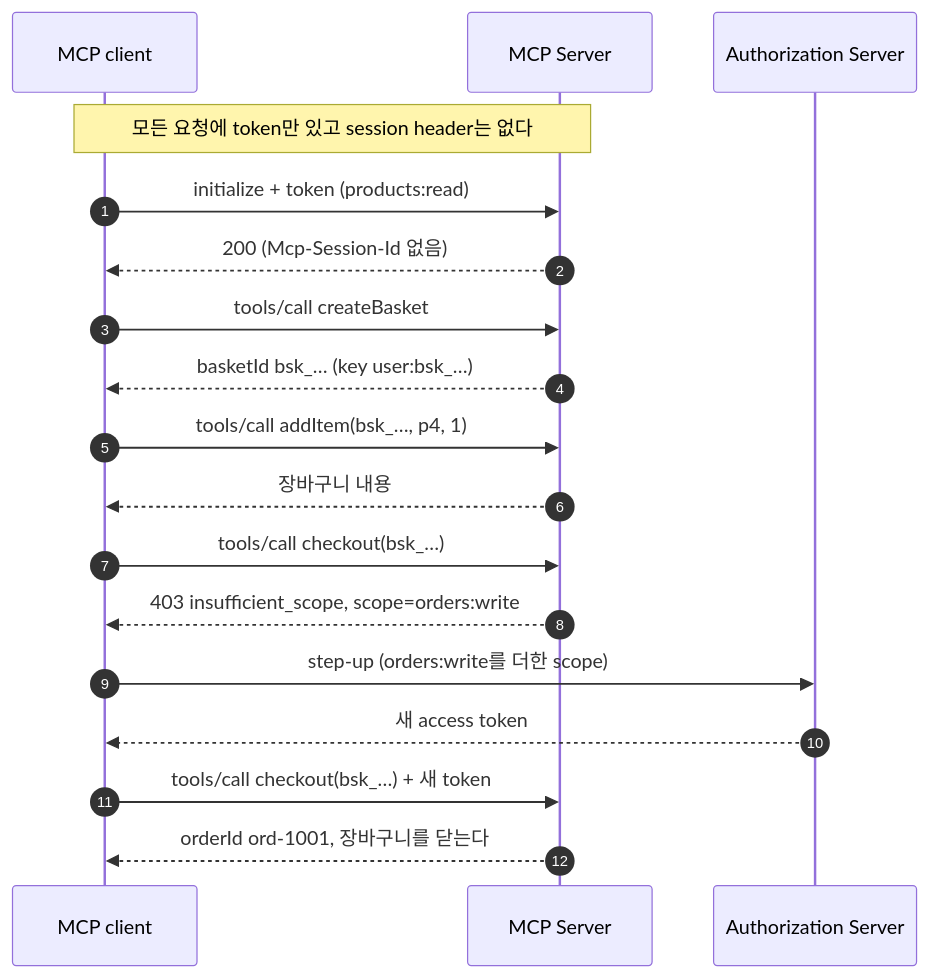
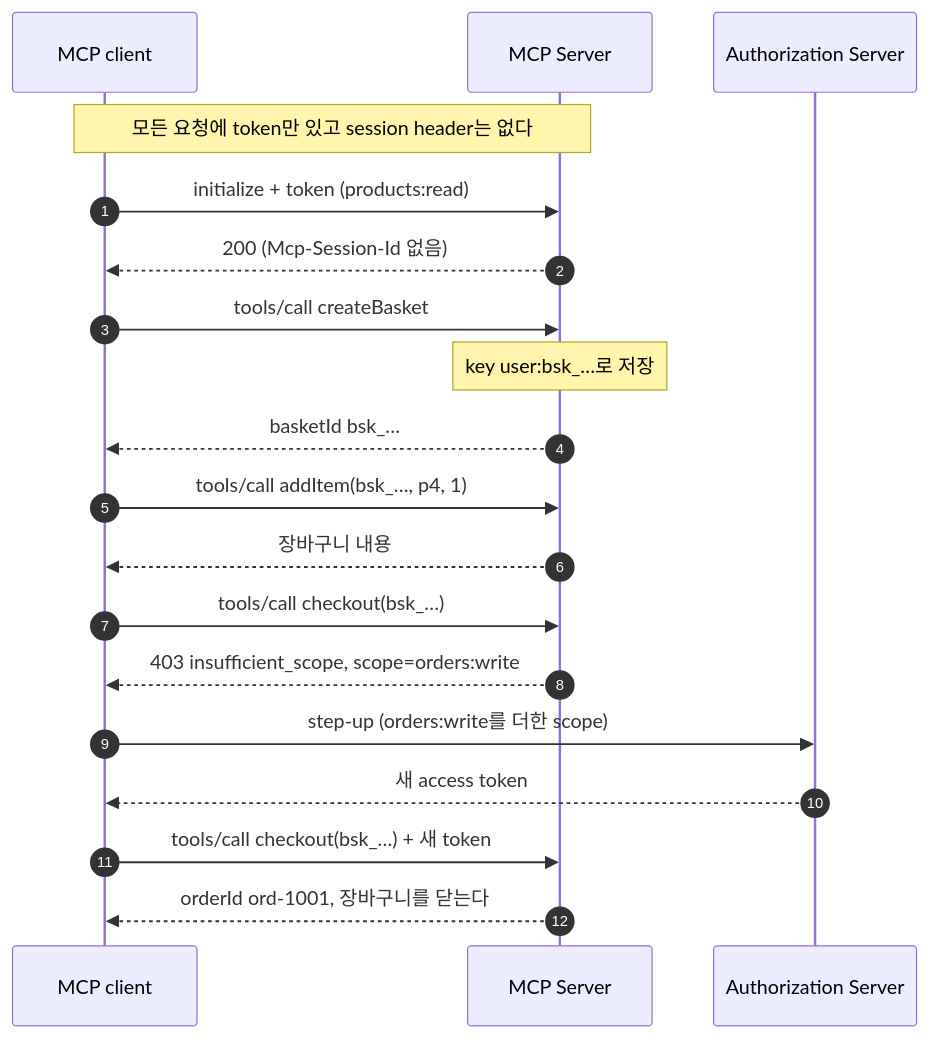
Before and after one commit to starryeye/spring-ai: the first of 2 diagrams in practice/mcp-guide/11-stateless-and-handle.md, drawn with Mermaid. The commit also changed other lines of this file and 2 other files, not shown here.

````diff
--- a/practice/mcp-guide/11-stateless-and-handle.md
+++ b/practice/mcp-guide/11-stateless-and-handle.md
@@ -44,20 +41,21 @@
 ```mermaid
 sequenceDiagram
     autonumber
     participant C as MCP client
     participant M as MCP Server
     participant A as Authorization Server
     Note over C,M: 모든 요청에 token만 있고 session header는 없다
     C->>M: initialize + token (products:read)
     M-->>C: 200 (Mcp-Session-Id 없음)
     C->>M: tools/call createBasket
-    M-->>C: basketId bsk_… (key user:bsk_…)
+    Note over M: key user:bsk_…로 저장
+    M-->>C: basketId bsk_…
     C->>M: tools/call addItem(bsk_…, p4, 1)
     M-->>C: 장바구니 내용
     C->>M: tools/call checkout(bsk_…)
     M-->>C: 403 insufficient_scope, scope=orders:write
     C->>A: step-up (orders:write를 더한 scope)
     A-->>C: 새 access token
     C->>M: tools/call checkout(bsk_…) + 새 token
     M-->>C: orderId ord-1001, 장바구니를 닫는다
 ```
````
